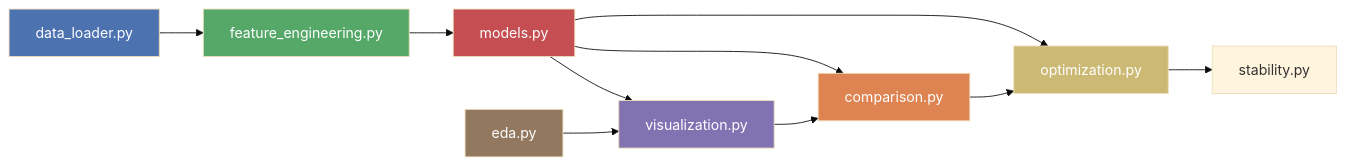
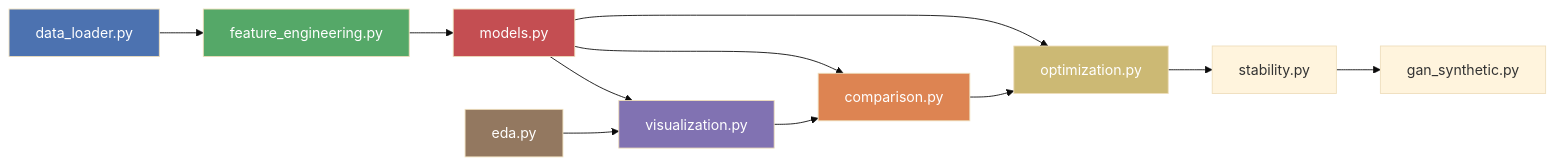
The second of 2 diagrams in .docs/workflow.md (Elaina69/Project_Machine-Learning), drawn with Mermaid (base theme) before and after one commit. The commit also changed other lines of this file and 11 other files, not shown here.

````diff
--- a/.docs/workflow.md
+++ b/.docs/workflow.md
@@ -515,20 +547,21 @@
 ```mermaid
 graph LR
     DL["data_loader.py"] --> FE["feature_engineering.py"]
     FE --> MD["models.py"]
     MD --> VZ["visualization.py"]
     MD --> CP["comparison.py"]
     MD --> OP["optimization.py"]
     OP --> ST["stability.py"]
+    ST --> GAN["gan_synthetic.py"]
     VZ --> CP
     CP --> OP
     EDA["eda.py"] --> VZ
     
     style DL fill:#4C72B0,color:#fff
     style FE fill:#55A868,color:#fff
     style MD fill:#C44E52,color:#fff
     style VZ fill:#8172B2,color:#fff
     style CP fill:#DD8452,color:#fff
     style EDA fill:#937860,color:#fff
     style OP fill:#CCB974,color:#fff
 ```
````
